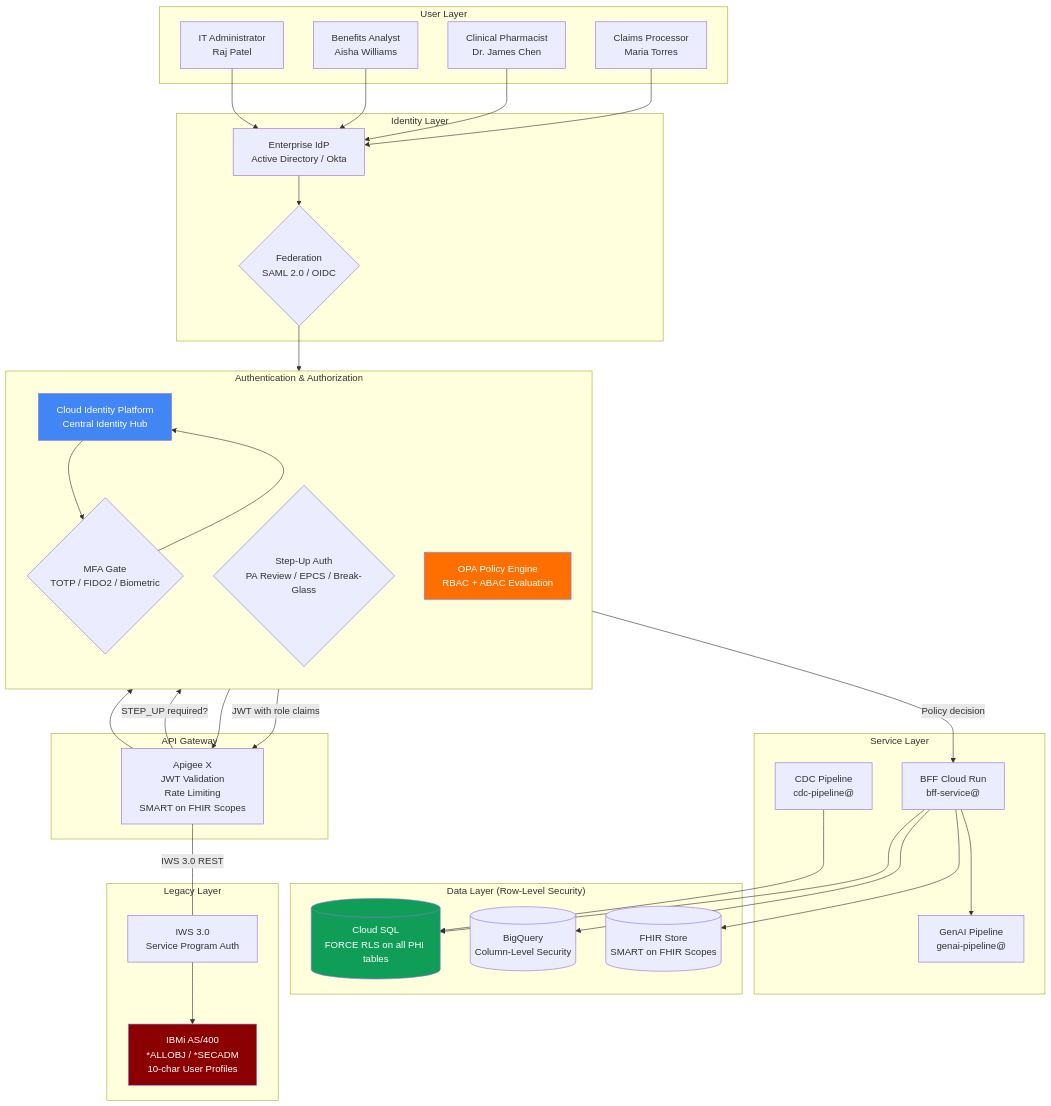
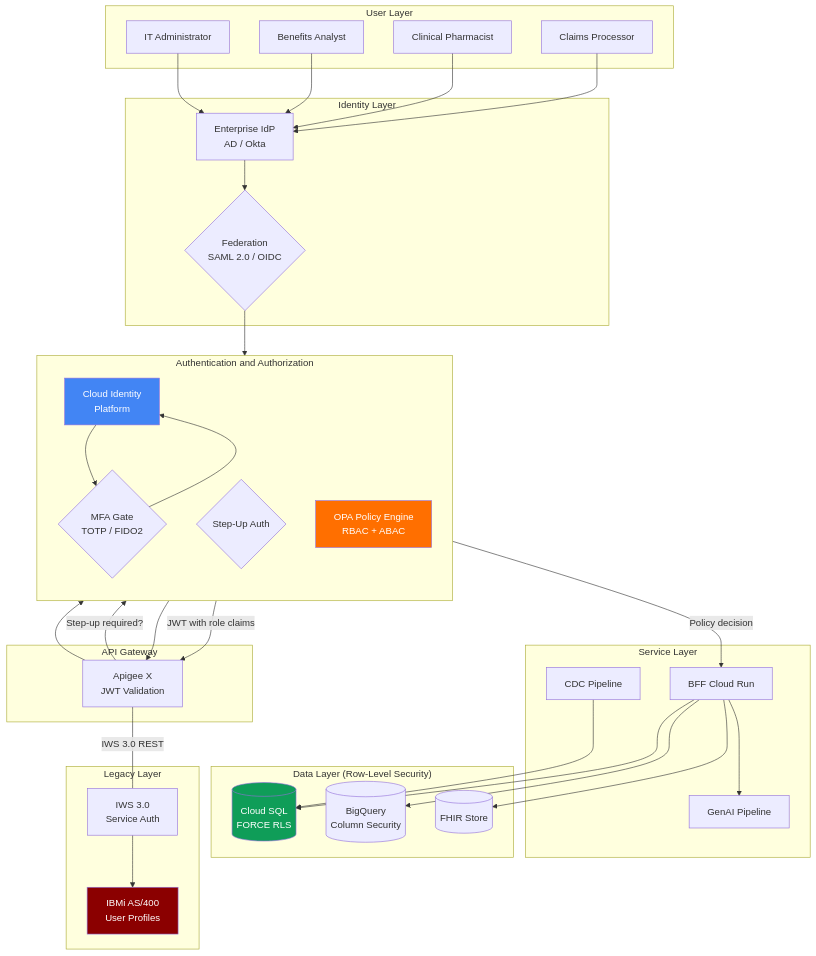
One commit to Modular-Earth-LLC/solutions-architecture-agent changed the first of 5 diagrams in outputs/cvs-legacy-transformation/iam-strategy.md. Above: the diagram before and after it, drawn with Mermaid. The commit also changed other lines of this file and 5 other files, not shown here.

First line of the commit message:
fix(diagrams): apply Mermaid quality rules across all diagrams and generation code

````diff
--- a/outputs/cvs-legacy-transformation/iam-strategy.md
+++ b/outputs/cvs-legacy-transformation/iam-strategy.md
@@ -19,64 +19,69 @@
 ```mermaid
 flowchart TB
     subgraph "User Layer"
-        CP[Claims Processor<br/>Maria Torres]
-        PH[Clinical Pharmacist<br/>Dr. James Chen]
-        BA[Benefits Analyst<br/>Aisha Williams]
-        IT[IT Administrator<br/>Raj Patel]
+        CP_USER["Claims Processor"]
+        PH_USER["Clinical Pharmacist"]
+        BA_USER["Benefits Analyst"]
+        IT_USER["IT Administrator"]
     end
 
     subgraph "Identity Layer"
-        IDP_ENT[Enterprise IdP<br/>Active Directory / Okta]
-        IDP_FED{Federation<br/>SAML 2.0 / OIDC}
+        IDP_ENT["Enterprise IdP<br/>AD / Okta"]
+        IDP_FED{"Federation<br/>SAML 2.0 / OIDC"}
     end
 
-    subgraph "Authentication & Authorization"
+    subgraph "Authentication and Authorization"
         direction TB
-        CIP[Cloud Identity Platform<br/>Central Identity Hub]
-        MFA{MFA Gate<br/>TOTP / FIDO2 / Biometric}
-        STEP_UP{Step-Up Auth<br/>PA Review / EPCS / Break-Glass}
-        OPA[OPA Policy Engine<br/>RBAC + ABAC Evaluation]
+        CIP_AUTH["Cloud Identity<br/>Platform"]
+        MFA_GATE{"MFA Gate<br/>TOTP / FIDO2"}
+        STEP_UP{"Step-Up Auth"}
+        OPA_ENGINE["OPA Policy Engine<br/>RBAC + ABAC"]
     end
 
     subgraph "API Gateway"
-        APG[Apigee X<br/>JWT Validation<br/>Rate Limiting<br/>SMART on FHIR Scopes]
+        APG_GW["Apigee X<br/>JWT Validation"]
     end
 
     subgraph "Service Layer"
-        BFF[BFF Cloud Run<br/>bff-service@]
-        GENAI[GenAI Pipeline<br/>genai-pipeline@]
-        CDC[CDC Pipeline<br/>cdc-pipeline@]
+        BFF_SVC["BFF Cloud Run"]
+        GENAI_SVC["GenAI Pipeline"]
+        CDC_SVC["CDC Pipeline"]
     end
 
     subgraph "Data Layer (Row-Level Security)"
-        CSQL[(Cloud SQL<br/>FORCE RLS on all PHI tables)]
-        BQ[(BigQuery<br/>Column-Level Security)]
-        FHIR[(FHIR Store<br/>SMART on FHIR Scopes)]
+        CSQL_DATA[("Cloud SQL<br/>FORCE RLS")]
+        BQ_DATA[("BigQuery<br/>Column Security")]
+        FHIR_DATA[("FHIR Store")]
     end
 
     subgraph "Legacy Layer"
-        IBMI[IBMi AS/400<br/>*ALLOBJ / *SECADM<br/>10-char User Profiles]
-        IWS[IWS 3.0<br/>Service Program Auth]
+        IBMI_LEGACY["IBMi AS/400<br/>User Profiles"]
+        IWS_LEGACY["IWS 3.0<br/>Service Auth"]
     end
 
-    CP & PH & BA & IT --> IDP_ENT
+    CP_USER --> IDP_ENT
+    PH_USER --> IDP_ENT
+    BA_USER --> IDP_ENT
+    IT_USER --> IDP_ENT
     IDP_ENT --> IDP_FED
-    IDP_FED --> CIP
-    CIP --> MFA
-    MFA --> CIP
-    CIP -->|JWT with role claims| APG
-    APG -->|STEP_UP required?| STEP_UP
-    STEP_UP --> APG
-    APG --> OPA
-    OPA -->|Policy decision| BFF
-    BFF --> CSQL & BQ & FHIR
-    BFF --> GENAI
-    CDC --> CSQL
-    APG ---|IWS 3.0 REST| IWS
-    IWS --> IBMI
+    IDP_FED --> CIP_AUTH
+    CIP_AUTH --> MFA_GATE
+    MFA_GATE --> CIP_AUTH
+    CIP_AUTH -->|"JWT with role claims"| APG_GW
+    APG_GW -->|"Step-up required?"| STEP_UP
+    STEP_UP --> APG_GW
+    APG_GW --> OPA_ENGINE
+    OPA_ENGINE -->|"Policy decision"| BFF_SVC
+    BFF_SVC --> CSQL_DATA
+    BFF_SVC --> BQ_DATA
+    BFF_SVC --> FHIR_DATA
+    BFF_SVC --> GENAI_SVC
+    CDC_SVC --> CSQL_DATA
+    APG_GW ---|"IWS 3.0 REST"| IWS_LEGACY
+    IWS_LEGACY --> IBMI_LEGACY
 
-    style CIP fill:#4285F4,color:#fff
-    style OPA fill:#FF6F00,color:#fff
-    style CSQL fill:#0F9D58,color:#fff
-    style IBMI fill:#8B0000,color:#fff
+    style CIP_AUTH fill:#4285F4,color:#fff
+    style OPA_ENGINE fill:#FF6F00,color:#fff
+    style CSQL_DATA fill:#0F9D58,color:#fff
+    style IBMI_LEGACY fill:#8B0000,color:#fff
 ```
````
